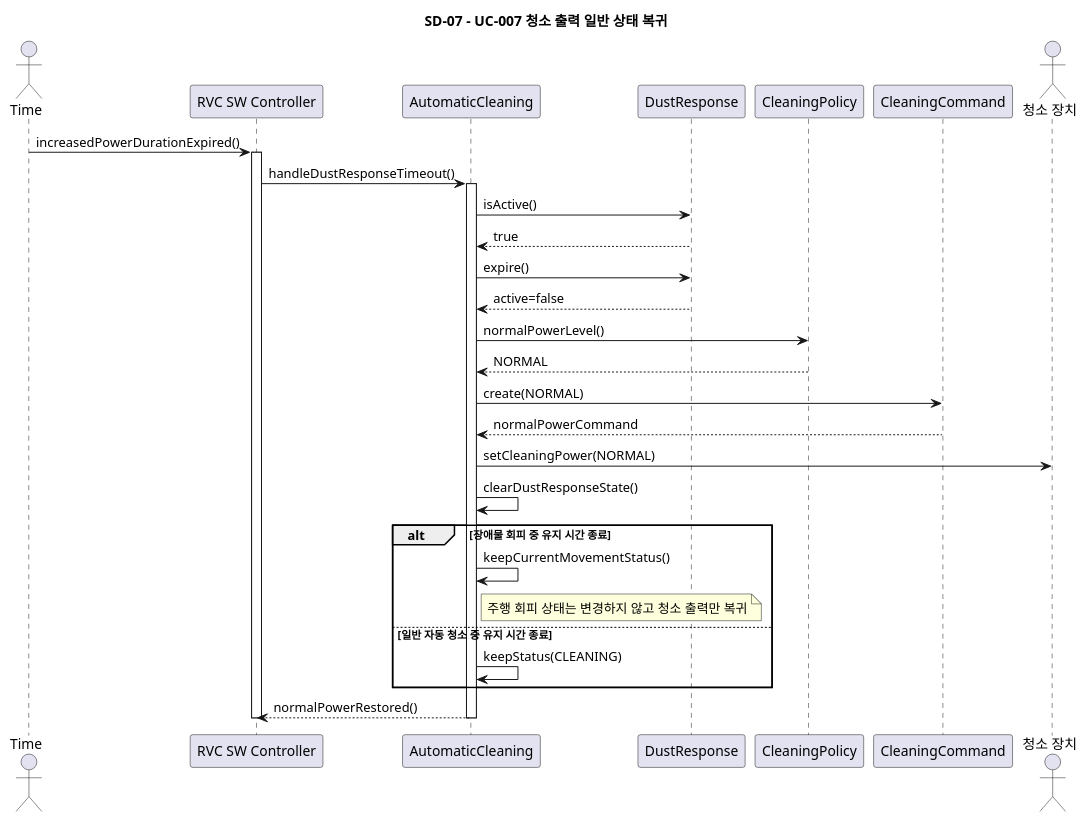
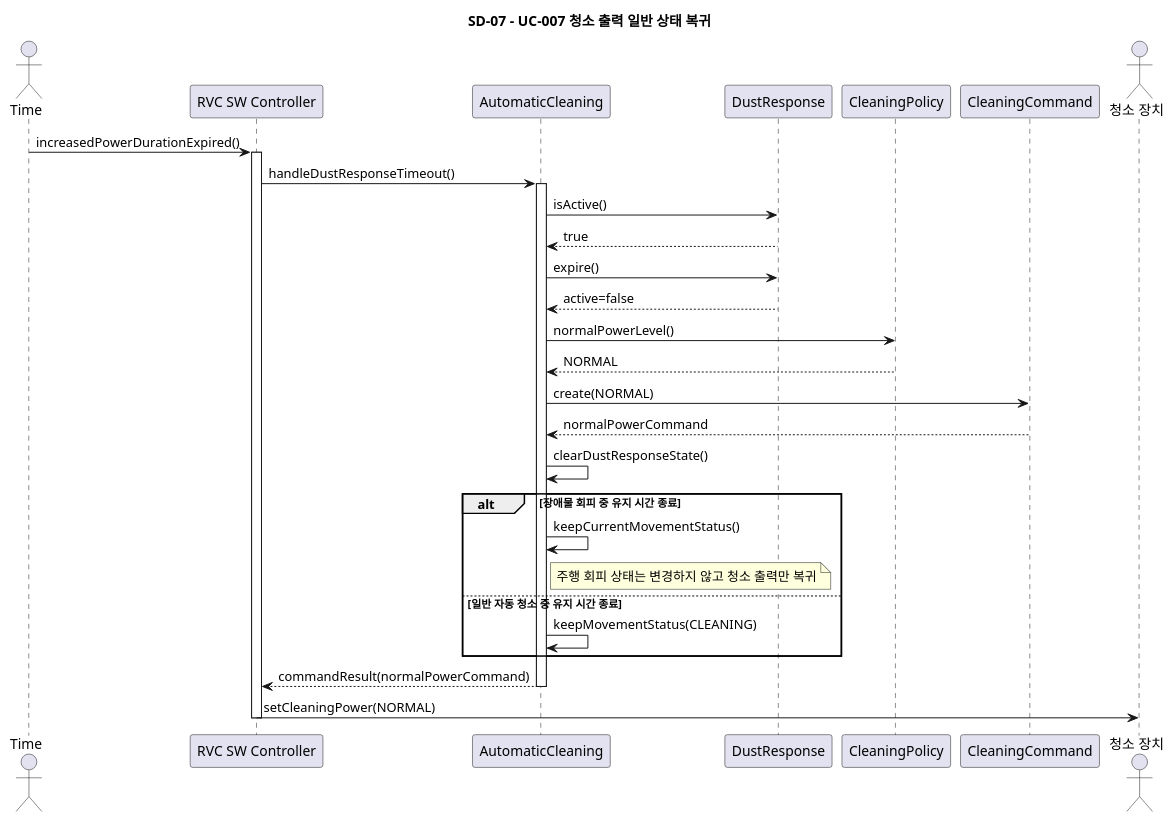
One commit to OOAD-Team3/Robot-Vacuum-Cleaner-AI changed the diagram in docs/sd/SD-07.puml. Above: the diagram before and after it, drawn with PlantUML. The commit also changed 9 other files, not shown here.

```diff
--- a/docs/sd/SD-07.puml
+++ b/docs/sd/SD-07.puml
@@ -6,37 +6,37 @@
 @startuml SD_07_UC007_Return_To_Normal_Power
 title SD-07 - UC-007 청소 출력 일반 상태 복귀
 
 actor "Time" as Time
 participant "RVC SW Controller" as Controller
 participant "AutomaticCleaning" as Cleaning
 participant "DustResponse" as DustResponse
 participant "CleaningPolicy" as Policy
 participant "CleaningCommand" as CleaningCommand
 actor "청소 장치" as Cleaner
 
 Time -> Controller: increasedPowerDurationExpired()
 activate Controller
 Controller -> Cleaning: handleDustResponseTimeout()
 activate Cleaning
 Cleaning -> DustResponse: isActive()
 DustResponse --> Cleaning: true
 Cleaning -> DustResponse: expire()
 DustResponse --> Cleaning: active=false
 Cleaning -> Policy: normalPowerLevel()
 Policy --> Cleaning: NORMAL
 Cleaning -> CleaningCommand: create(NORMAL)
 CleaningCommand --> Cleaning: normalPowerCommand
-Cleaning -> Cleaner: setCleaningPower(NORMAL)
 Cleaning -> Cleaning: clearDustResponseState()
 
 alt 장애물 회피 중 유지 시간 종료
     Cleaning -> Cleaning: keepCurrentMovementStatus()
     note right of Cleaning: 주행 회피 상태는 변경하지 않고 청소 출력만 복귀
 else 일반 자동 청소 중 유지 시간 종료
-    Cleaning -> Cleaning: keepStatus(CLEANING)
+    Cleaning -> Cleaning: keepMovementStatus(CLEANING)
 end
 
-Cleaning --> Controller: normalPowerRestored()
+Cleaning --> Controller: commandResult(normalPowerCommand)
 deactivate Cleaning
+Controller -> Cleaner: setCleaningPower(NORMAL)
 deactivate Controller
 @enduml
```
